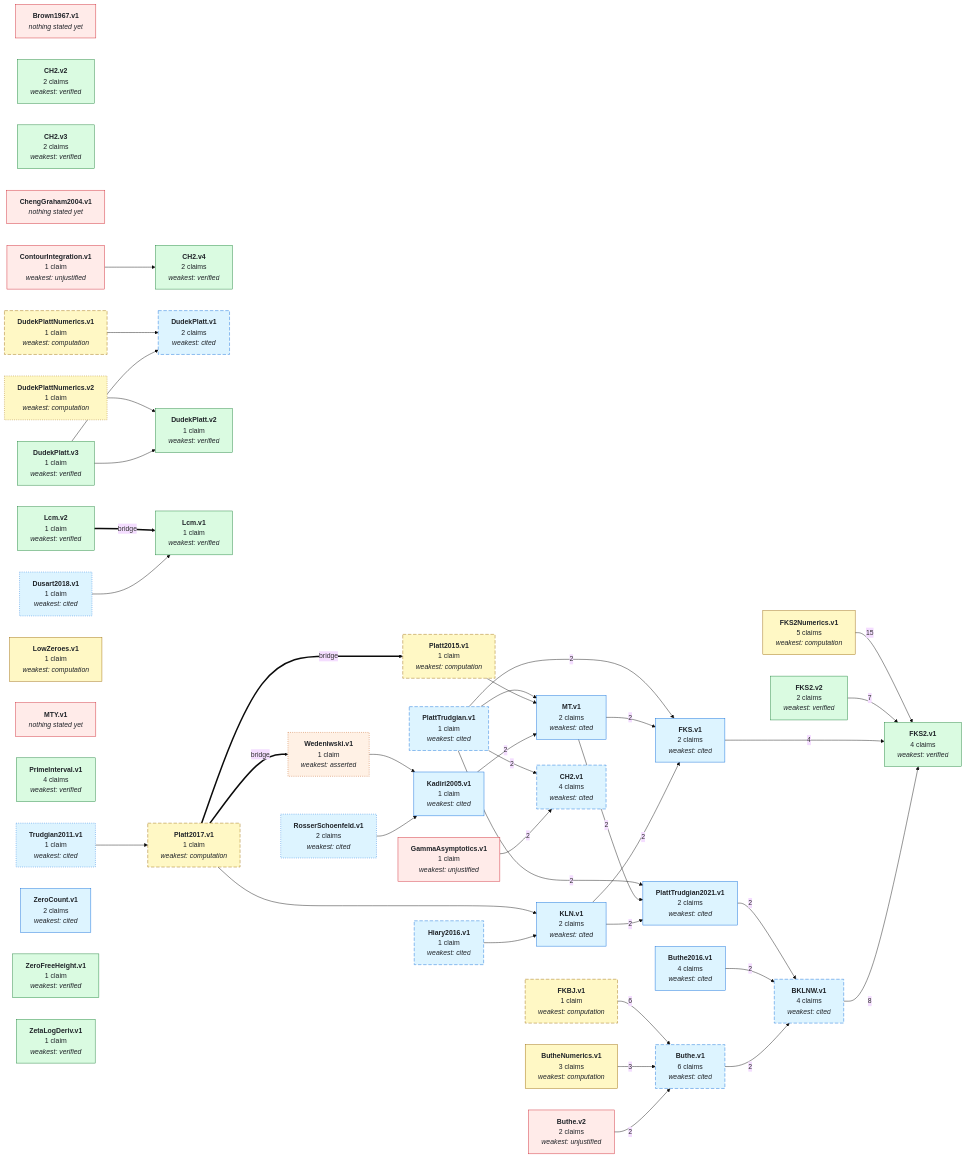
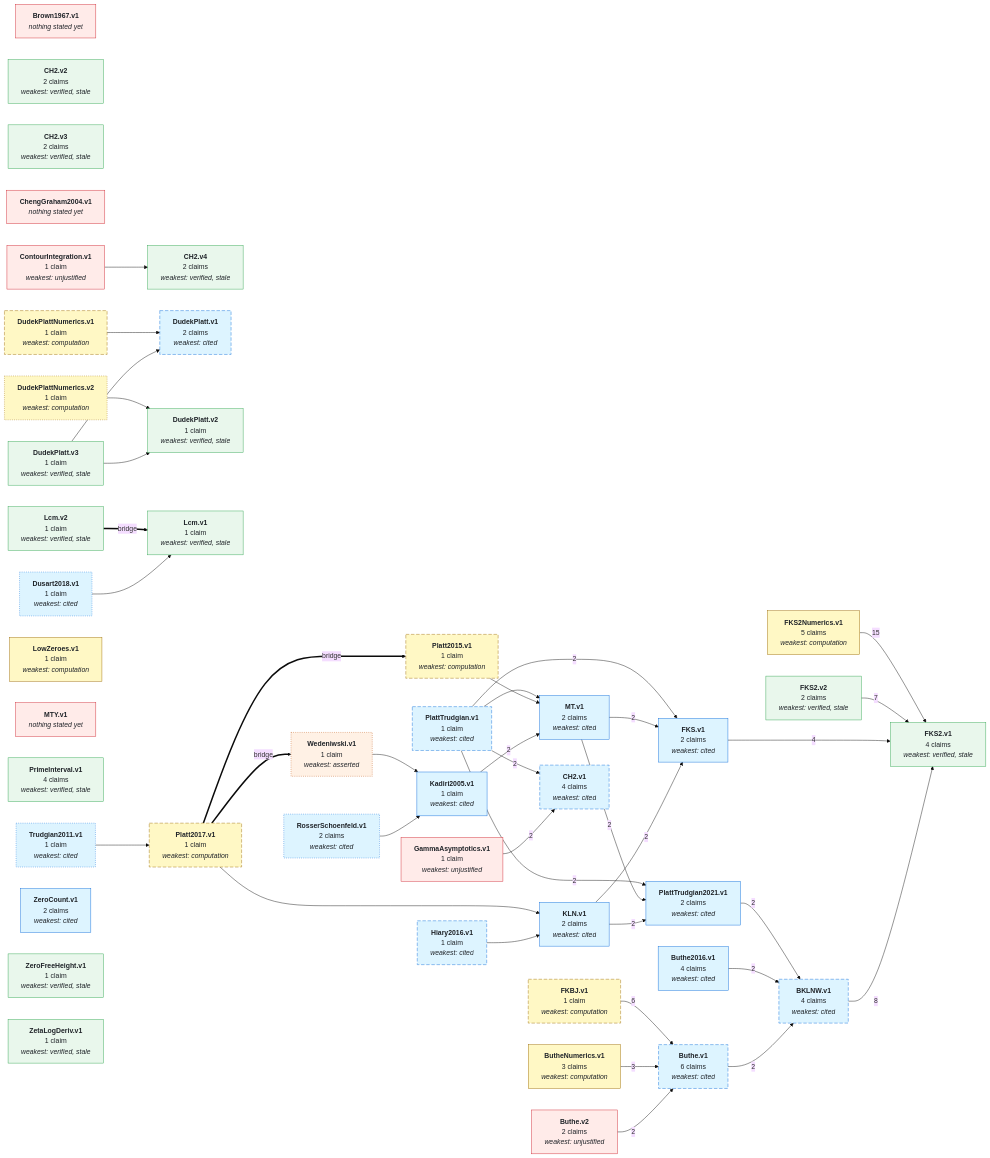
Before and after one commit to Chessing234/IEANTN: the first of 2 diagrams in GRAPH.md, drawn with Mermaid (base theme). The commit also changed other lines of this file and 31 other files, not shown here.

```diff
--- a/GRAPH.md
+++ b/GRAPH.md
@@ -59,28 +59,28 @@
   NButhe2016_v1["<b>Buthe2016.v1</b><br/>4 claims<br/><i>weakest: cited</i>"]
   NButheNumerics_v1["<b>ButheNumerics.v1</b><br/>3 claims<br/><i>weakest: computation</i>"]
   NCH2_v1["<b>CH2.v1</b><br/>4 claims<br/><i>weakest: cited</i>"]
-  NCH2_v2["<b>CH2.v2</b><br/>2 claims<br/><i>weakest: verified</i>"]
-  NCH2_v3["<b>CH2.v3</b><br/>2 claims<br/><i>weakest: verified</i>"]
-  NCH2_v4["<b>CH2.v4</b><br/>2 claims<br/><i>weakest: verified</i>"]
+  NCH2_v2["<b>CH2.v2</b><br/>2 claims<br/><i>weakest: verified, stale</i>"]
+  NCH2_v3["<b>CH2.v3</b><br/>2 claims<br/><i>weakest: verified, stale</i>"]
+  NCH2_v4["<b>CH2.v4</b><br/>2 claims<br/><i>weakest: verified, stale</i>"]
   NChengGraham2004_v1["<b>ChengGraham2004.v1</b><br/><i>nothing stated yet</i>"]
   NContourIntegration_v1["<b>ContourIntegration.v1</b><br/>1 claim<br/><i>weakest: unjustified</i>"]
   NDudekPlatt_v1["<b>DudekPlatt.v1</b><br/>2 claims<br/><i>weakest: cited</i>"]
-  NDudekPlatt_v2["<b>DudekPlatt.v2</b><br/>1 claim<br/><i>weakest: verified</i>"]
-  NDudekPlatt_v3["<b>DudekPlatt.v3</b><br/>1 claim<br/><i>weakest: verified</i>"]
+  NDudekPlatt_v2["<b>DudekPlatt.v2</b><br/>1 claim<br/><i>weakest: verified, stale</i>"]
+  NDudekPlatt_v3["<b>DudekPlatt.v3</b><br/>1 claim<br/><i>weakest: verified, stale</i>"]
   NDudekPlattNumerics_v1["<b>DudekPlattNumerics.v1</b><br/>1 claim<br/><i>weakest: computation</i>"]
   NDudekPlattNumerics_v2["<b>DudekPlattNumerics.v2</b><br/>1 claim<br/><i>weakest: computation</i>"]
   NDusart2018_v1["<b>Dusart2018.v1</b><br/>1 claim<br/><i>weakest: cited</i>"]
   NFKBJ_v1["<b>FKBJ.v1</b><br/>1 claim<br/><i>weakest: computation</i>"]
   NFKS_v1["<b>FKS.v1</b><br/>2 claims<br/><i>weakest: cited</i>"]
-  NFKS2_v1["<b>FKS2.v1</b><br/>4 claims<br/><i>weakest: verified</i>"]
-  NFKS2_v2["<b>FKS2.v2</b><br/>2 claims<br/><i>weakest: verified</i>"]
+  NFKS2_v1["<b>FKS2.v1</b><br/>4 claims<br/><i>weakest: verified, stale</i>"]
+  NFKS2_v2["<b>FKS2.v2</b><br/>2 claims<br/><i>weakest: verified, stale</i>"]
   NFKS2Numerics_v1["<b>FKS2Numerics.v1</b><br/>5 claims<br/><i>weakest: computation</i>"]
   NGammaAsymptotics_v1["<b>GammaAsymptotics.v1</b><br/>1 claim<br/><i>weakest: unjustified</i>"]
   NHiary2016_v1["<b>Hiary2016.v1</b><br/>1 claim<br/><i>weakest: cited</i>"]
   NKLN_v1["<b>KLN.v1</b><br/>2 claims<br/><i>weakest: cited</i>"]
   NKadiri2005_v1["<b>Kadiri2005.v1</b><br/>1 claim<br/><i>weakest: cited</i>"]
-  NLcm_v1["<b>Lcm.v1</b><br/>1 claim<br/><i>weakest: verified</i>"]
-  NLcm_v2["<b>Lcm.v2</b><br/>1 claim<br/><i>weakest: verified</i>"]
+  NLcm_v1["<b>Lcm.v1</b><br/>1 claim<br/><i>weakest: verified, stale</i>"]
+  NLcm_v2["<b>Lcm.v2</b><br/>1 claim<br/><i>weakest: verified, stale</i>"]
   NLowZeroes_v1["<b>LowZeroes.v1</b><br/>1 claim<br/><i>weakest: computation</i>"]
   NMT_v1["<b>MT.v1</b><br/>2 claims<br/><i>weakest: cited</i>"]
   NMTY_v1["<b>MTY.v1</b><br/><i>nothing stated yet</i>"]
@@ -88,13 +88,13 @@
   NPlatt2017_v1["<b>Platt2017.v1</b><br/>1 claim<br/><i>weakest: computation</i>"]
   NPlattTrudgian_v1["<b>PlattTrudgian.v1</b><br/>1 claim<br/><i>weakest: cited</i>"]
   NPlattTrudgian2021_v1["<b>PlattTrudgian2021.v1</b><br/>2 claims<br/><i>weakest: cited</i>"]
-  NPrimeInterval_v1["<b>PrimeInterval.v1</b><br/>4 claims<br/><i>weakest: verified</i>"]
+  NPrimeInterval_v1["<b>PrimeInterval.v1</b><br/>4 claims<br/><i>weakest: verified, stale</i>"]
   NRosserSchoenfeld_v1["<b>RosserSchoenfeld.v1</b><br/>2 claims<br/><i>weakest: cited</i>"]
   NTrudgian2011_v1["<b>Trudgian2011.v1</b><br/>1 claim<br/><i>weakest: cited</i>"]
   NWedeniwski_v1["<b>Wedeniwski.v1</b><br/>1 claim<br/><i>weakest: asserted</i>"]
   NZeroCount_v1["<b>ZeroCount.v1</b><br/>2 claims<br/><i>weakest: cited</i>"]
-  NZeroFreeHeight_v1["<b>ZeroFreeHeight.v1</b><br/>1 claim<br/><i>weakest: verified</i>"]
-  NZetaLogDeriv_v1["<b>ZetaLogDeriv.v1</b><br/>1 claim<br/><i>weakest: verified</i>"]
+  NZeroFreeHeight_v1["<b>ZeroFreeHeight.v1</b><br/>1 claim<br/><i>weakest: verified, stale</i>"]
+  NZetaLogDeriv_v1["<b>ZetaLogDeriv.v1</b><br/>1 claim<br/><i>weakest: verified, stale</i>"]
   NBKLNW_v1 -->|8| NFKS2_v1
   NButhe_v1 -->|2| NBKLNW_v1
   NButhe_v2 -->|2| NButhe_v1
@@ -149,7 +149,7 @@
   class NWedeniwski_v1 asserted;
   class NBKLNW_v1,NButhe_v1,NButhe2016_v1,NCH2_v1,NDudekPlatt_v1,NDusart2018_v1,NFKS_v1,NHiary2016_v1,NKLN_v1,NKadiri2005_v1,NMT_v1,NPlattTrudgian_v1,NPlattTrudgian2021_v1,NRosserSchoenfeld_v1,NTrudgian2011_v1,NZeroCount_v1 literature;
   class NButheNumerics_v1,NDudekPlattNumerics_v1,NDudekPlattNumerics_v2,NFKBJ_v1,NFKS2Numerics_v1,NLowZeroes_v1,NPlatt2015_v1,NPlatt2017_v1 numerical;
-  class NCH2_v2,NCH2_v3,NCH2_v4,NDudekPlatt_v2,NDudekPlatt_v3,NFKS2_v1,NFKS2_v2,NLcm_v1,NLcm_v2,NPrimeInterval_v1,NZeroFreeHeight_v1,NZetaLogDeriv_v1 lean_comparator;
+  class NCH2_v2,NCH2_v3,NCH2_v4,NDudekPlatt_v2,NDudekPlatt_v3,NFKS2_v1,NFKS2_v2,NLcm_v1,NLcm_v2,NPrimeInterval_v1,NZeroFreeHeight_v1,NZetaLogDeriv_v1 lean_comparator_stale;
   click NBKLNW_v1 href "https://github.com/teorth/IEANTN/blob/main/docs/nodes/BKLNW-v1.md" _blank
   click NButhe_v1 href "https://github.com/teorth/IEANTN/blob/main/docs/nodes/Buthe-v1.md" _blank
   click NButhe_v2 href "https://github.com/teorth/IEANTN/blob/main/docs/nodes/Buthe-v2.md" _blank
```
